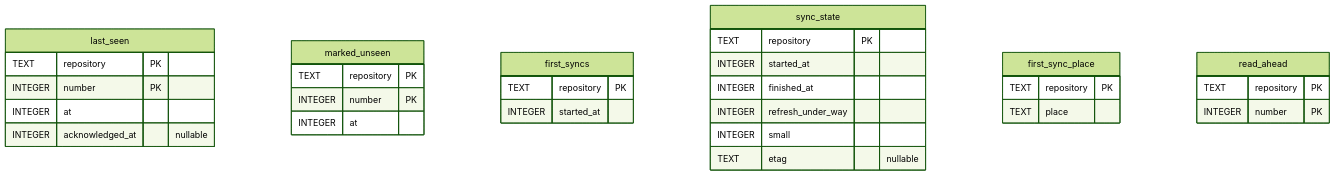
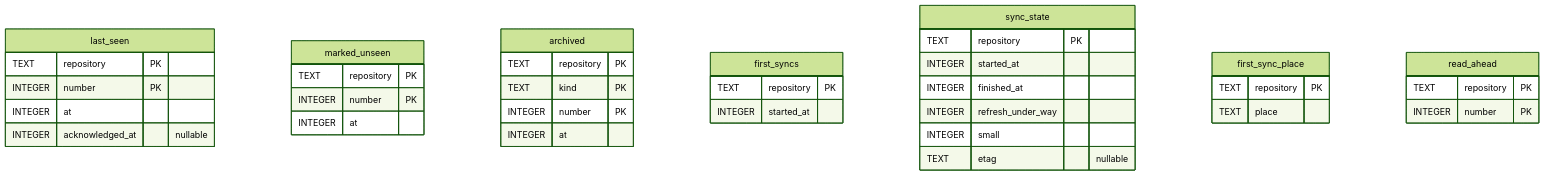
Before and after one commit to tsugiki/tsugiki: the fourth of 4 diagrams in docs/schema.md, drawn with Mermaid (forest theme). The commit also changed 47 other files, not shown here.

````diff
--- a/docs/schema.md
+++ b/docs/schema.md
@@ -261,34 +261,40 @@
 ```mermaid
 erDiagram
     last_seen {
         TEXT repository PK
         INTEGER number PK
         INTEGER at
         INTEGER acknowledged_at "nullable"
     }
     marked_unseen {
         TEXT repository PK
+        INTEGER number PK
+        INTEGER at
+    }
+    archived {
+        TEXT repository PK
+        TEXT kind PK
         INTEGER number PK
         INTEGER at
     }
     first_syncs {
         TEXT repository PK
         INTEGER started_at
     }
     sync_state {
         TEXT repository PK
         INTEGER started_at
         INTEGER finished_at
         INTEGER refresh_under_way
         INTEGER small
         TEXT etag "nullable"
     }
     first_sync_place {
         TEXT repository PK
         TEXT place
     }
     read_ahead {
         TEXT repository PK
         INTEGER number PK
     }
 ```
````
